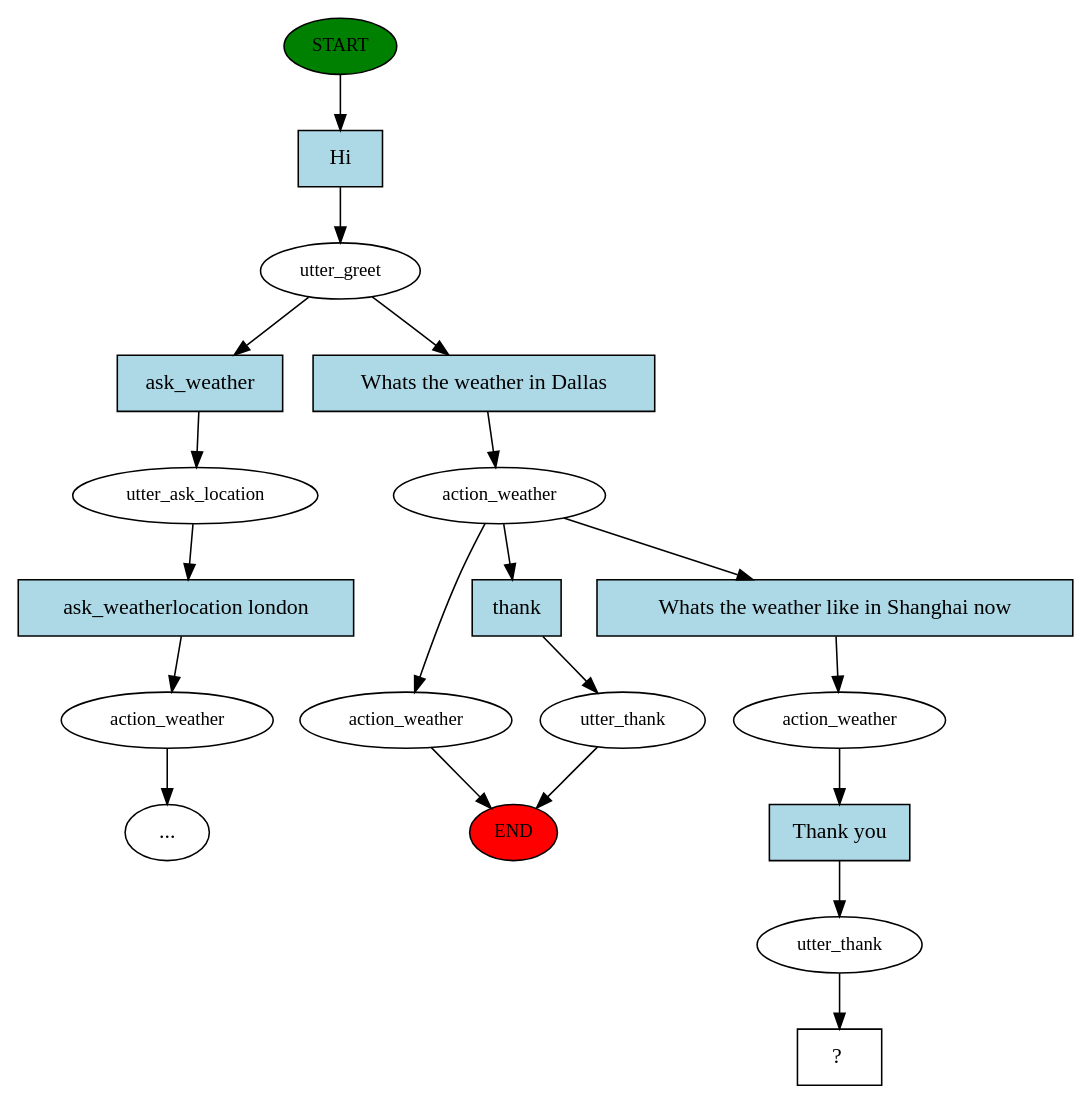
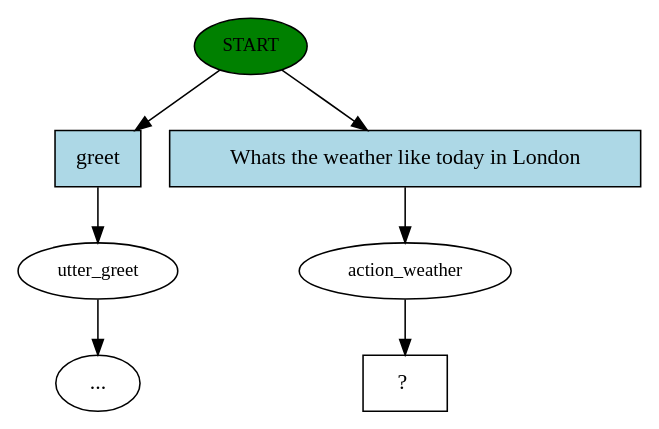
The diagram in story_graph.dot (ryang420/active_bot), drawn with Graphviz before and after one commit. The commit also changed 3 other files, not shown here.

```diff
--- a/story_graph.dot
+++ b/story_graph.dot
@@ -1,40 +1,15 @@
 digraph  {
 0 [class="start active", fillcolor=green, fontsize=12, label=START, style=filled];
-"-1" [class=end, fillcolor=red, fontsize=12, label=END, style=filled];
-1 [class=active, fontsize=12, label=utter_greet];
-2 [class="", fontsize=12, label=utter_ask_location];
-3 [class="", fontsize=12, label=action_weather];
-"-3" [class=ellipsis, label="..."];
+1 [class="", fontsize=12, label=utter_greet];
+"-6" [class=ellipsis, label="..."];
 5 [class=active, fontsize=12, label=action_weather];
-6 [class="", fontsize=12, label=utter_thank];
-9 [class="", fontsize=12, label=action_weather];
-12 [class=active, fontsize=12, label=action_weather];
-13 [class=active, fontsize=12, label=utter_thank];
-14 [class="intent dashed active", label="  ?  ", shape=rect];
-15 [class="intent active", fillcolor=lightblue, label=Hi, shape=rect, style=filled];
-16 [class=intent, fillcolor=lightblue, label=ask_weather, shape=rect, style=filled];
-17 [class="intent active", fillcolor=lightblue, label="Whats the weather in Dallas", shape=rect, style=filled];
-18 [class=intent, fillcolor=lightblue, label="ask_weatherlocation london", shape=rect, style=filled];
-19 [class=intent, fillcolor=lightblue, label=thank, shape=rect, style=filled];
-20 [class="intent active", fillcolor=lightblue, label="Whats the weather like in Shanghai now", shape=rect, style=filled];
-21 [class="intent active", fillcolor=lightblue, label="Thank you", shape=rect, style=filled];
-0 -> 15  [class=active, key=0];
-1 -> 16  [class="", key=0];
-1 -> 17  [class=active, key=0];
-2 -> 18  [class="", key=0];
-3 -> "-3"  [class="", key=NONE, label=""];
-5 -> 9  [class="", key=NONE, label=""];
-5 -> 19  [class="", key=0];
-5 -> 20  [class=active, key=0];
-6 -> "-1"  [class="", key=NONE, label=""];
-9 -> "-1"  [class="", key=NONE, label=""];
-12 -> 21  [class=active, key=0];
-13 -> 14  [class=active, key=NONE, label=""];
-15 -> 1  [class=active, key=0];
-16 -> 2  [class="", key=0];
-17 -> 5  [class=active, key=0];
-18 -> 3  [class="", key=0];
-19 -> 6  [class="", key=0];
-20 -> 12  [class=active, key=0];
-21 -> 13  [class=active, key=0];
+6 [class="intent dashed active", label="  ?  ", shape=rect];
+7 [class=intent, fillcolor=lightblue, label=greet, shape=rect, style=filled];
+8 [class="intent active", fillcolor=lightblue, label="Whats the weather like today in London", shape=rect, style=filled];
+0 -> 7  [class="", key=0];
+0 -> 8  [class=active, key=0];
+1 -> "-6"  [class="", key=NONE, label=""];
+5 -> 6  [class=active, key=NONE, label=""];
+7 -> 1  [class="", key=0];
+8 -> 5  [class=active, key=0];
 }
```
